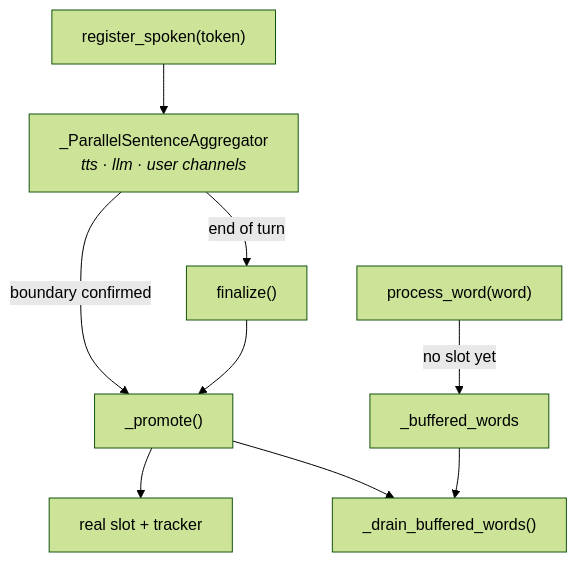
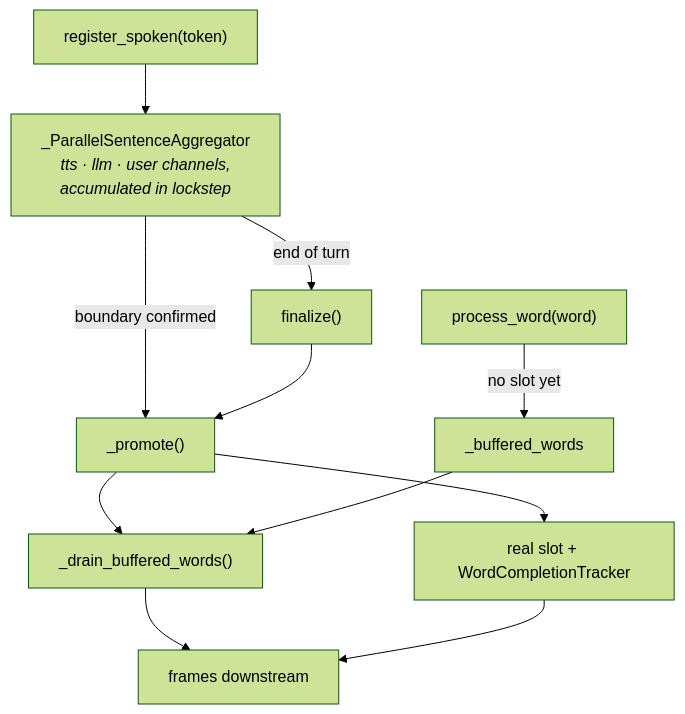
Before and after one commit to martinstiago/pipecat: the diagram in docs/architecture/aggregated-frame-sequencer.md, drawn with Mermaid (forest theme). The commit also changed other lines of this file and 4 other files, not shown here.

Commit message:
Explanation about how the completion tracker works.

````diff
--- a/docs/architecture/aggregated-frame-sequencer.md
+++ b/docs/architecture/aggregated-frame-sequencer.md
@@ -118,10 +187,12 @@
 ```mermaid
 flowchart TD
-    T["register_spoken(token)"] --> AGG["_ParallelSentenceAggregator<br/><i>tts · llm · user channels</i>"]
+    T["register_spoken(token)"] --> AGG["_ParallelSentenceAggregator<br/><i>tts · llm · user channels,<br/>accumulated in lockstep</i>"]
     AGG -->|boundary confirmed| P["_promote()"]
     AGG -->|end of turn| F["finalize()"] --> P
-    P --> SLOT["real slot + tracker"]
+    P --> SLOT["real slot + WordCompletionTracker"]
     P --> REPLAY["_drain_buffered_words()"]
     W["process_word(word)"] -->|no slot yet| BUF["_buffered_words"]
     BUF --> REPLAY
+    REPLAY --> OUT["frames downstream"]
+    SLOT --> OUT
 ```
````
